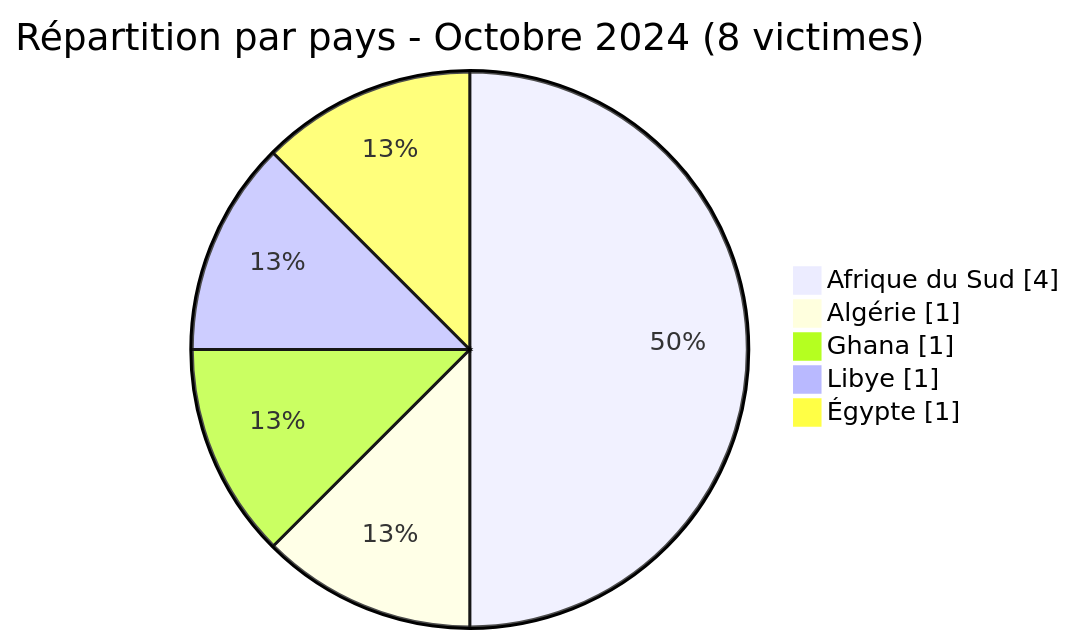
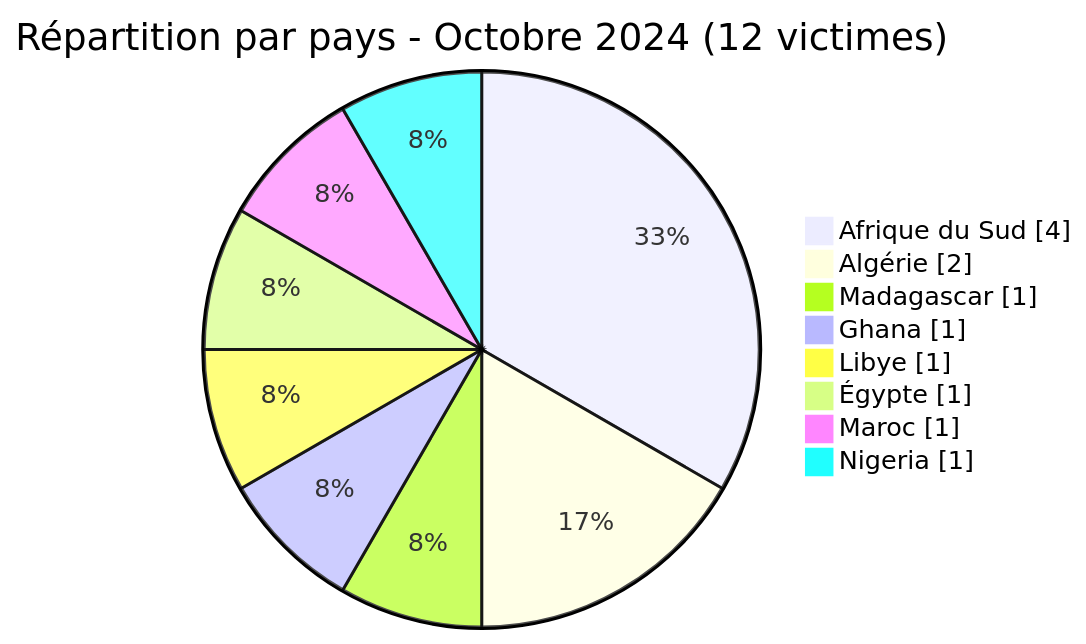
Before and after one commit to Hatchepsoute/AFRINTEL: the second of 4 diagrams in CyberAttackAfrica/2024/10-october/README_FR.md, drawn with Mermaid. The commit also changed other lines of this file and 255 other files, not shown here.

````diff
--- a/CyberAttackAfrica/2024/10-october/README_FR.md
+++ b/CyberAttackAfrica/2024/10-october/README_FR.md
@@ -66,9 +77,12 @@
 ```mermaid
 pie showData
-    title Répartition par pays - Octobre 2024 (8 victimes)
+    title Répartition par pays - Octobre 2024 (12 victimes)
     "Afrique du Sud" : 4
-    "Algérie" : 1
+    "Algérie" : 2
+    "Madagascar" : 1
     "Ghana" : 1
     "Libye" : 1
     "Égypte" : 1
+    "Maroc" : 1
+    "Nigeria" : 1
 ```
````
